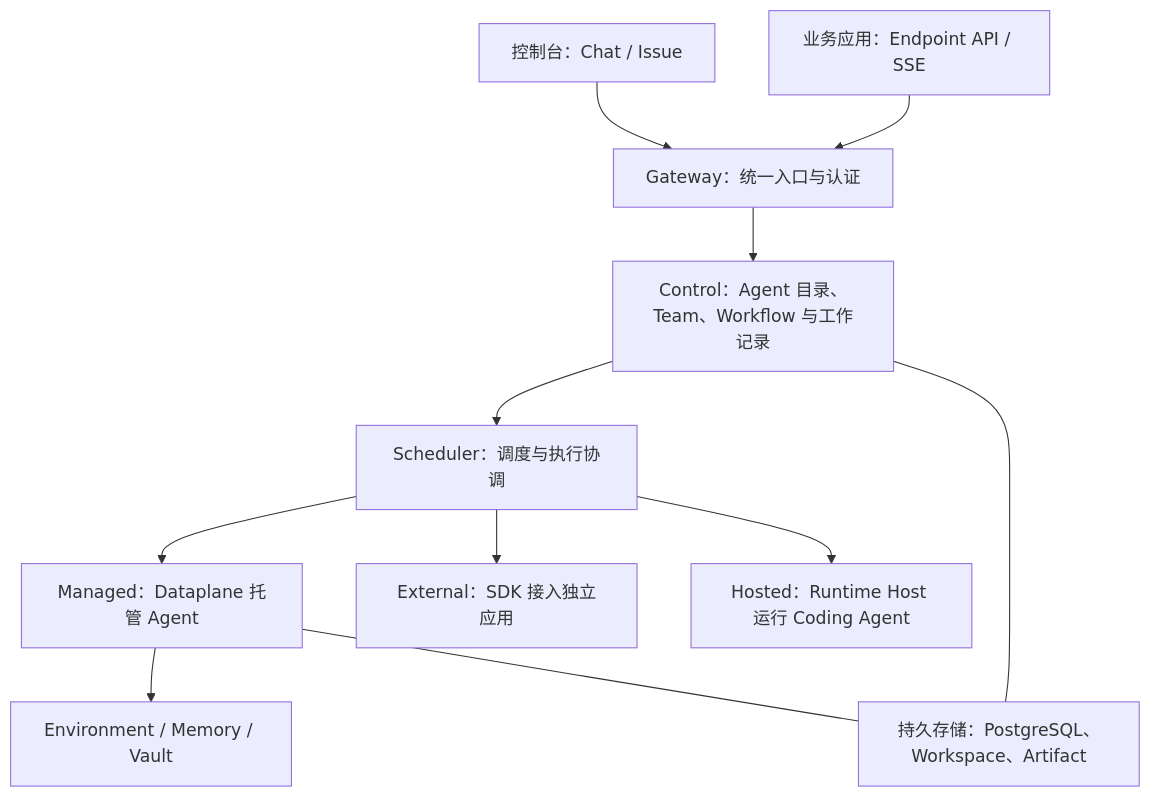
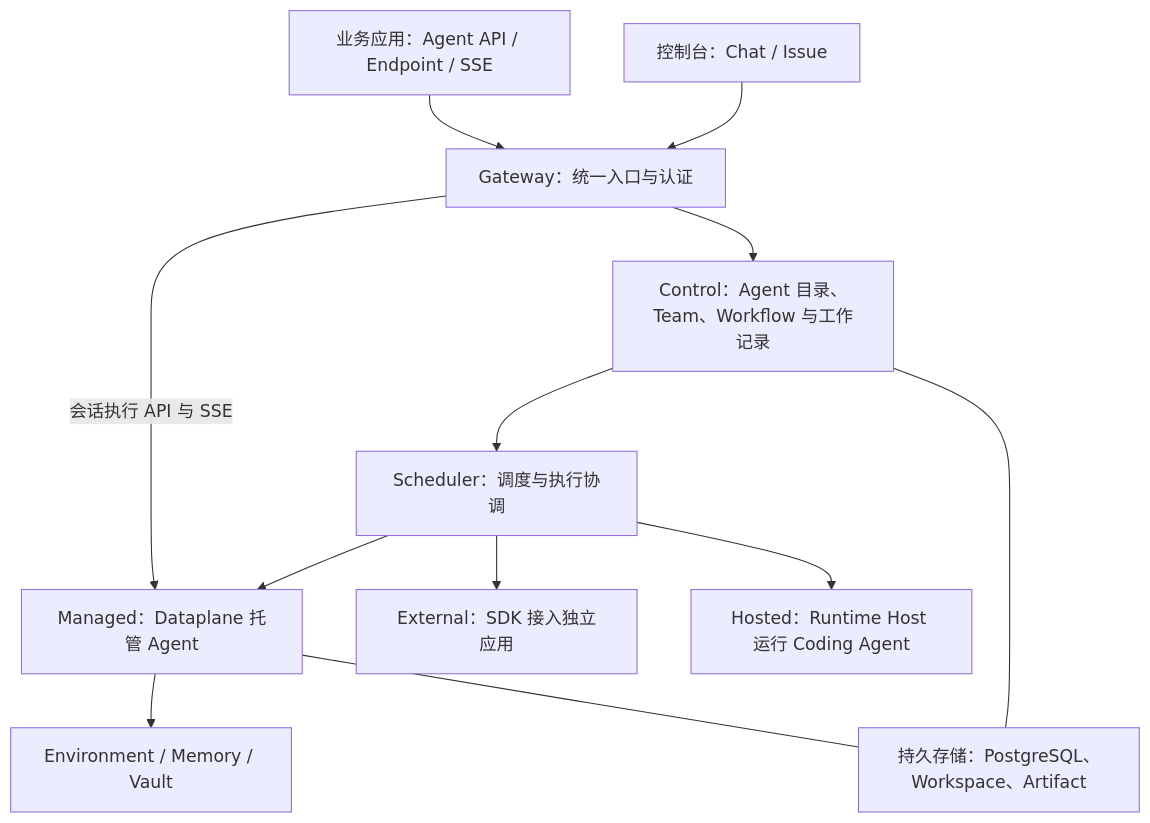
One commit to agentscope-ai/agentscope-java changed the diagram in docs/v2/zh/service/index.md. Above: the diagram before and after it, drawn with Mermaid. The commit also changed other lines of this file and 1075 other files, not shown here.

````diff
--- a/docs/v2/zh/service/index.md
+++ b/docs/v2/zh/service/index.md
@@ -14,13 +14,14 @@
 ```mermaid
 flowchart TB
   U["控制台：Chat / Issue"] --> G["Gateway：统一入口与认证"]
-  A["业务应用：Endpoint API / SSE"] --> G
+  A["业务应用：Agent API / Endpoint / SSE"] --> G
   G --> C["Control：Agent 目录、Team、Workflow 与工作记录"]
   C --> S["Scheduler：调度与执行协调"]
   S --> M["Managed：Dataplane 托管 Agent"]
   S --> E["External：SDK 接入独立应用"]
   S --> H["Hosted：Runtime Host 运行 Coding Agent"]
+  G -->|会话执行 API 与 SSE| M
   M --> R["Environment / Memory / Vault"]
   C --- P["持久存储：PostgreSQL、Workspace、Artifact"]
   M --- P
 ```
````
